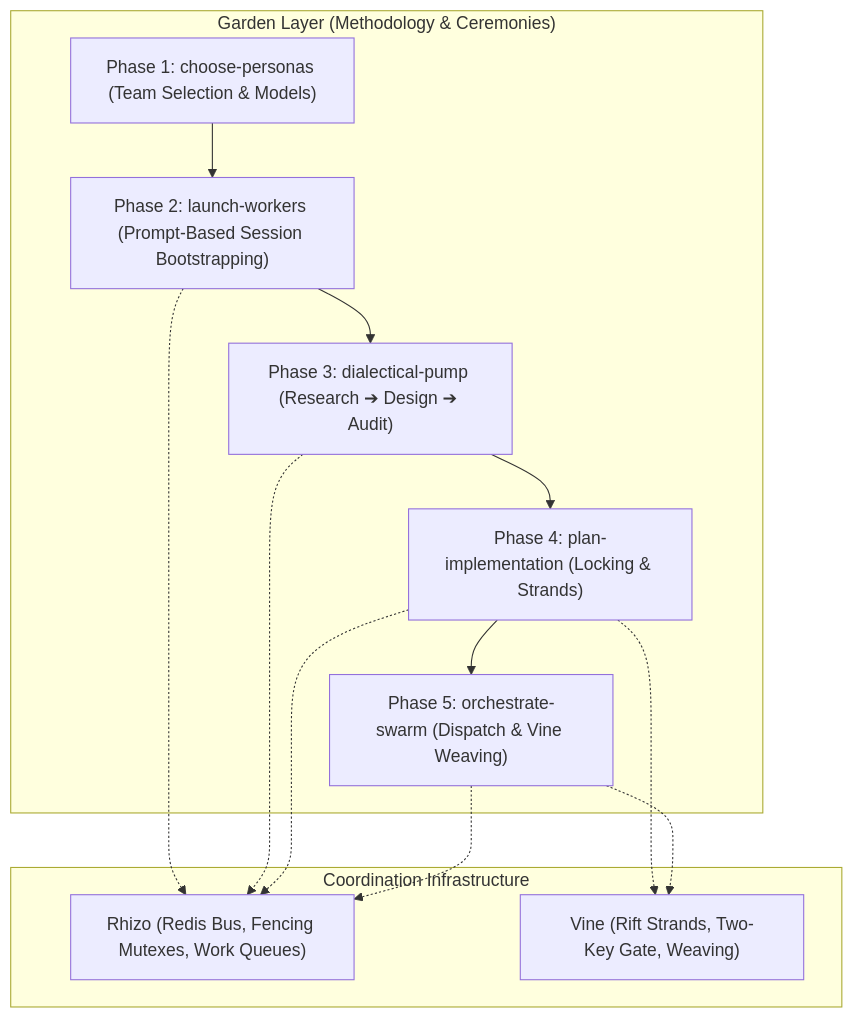
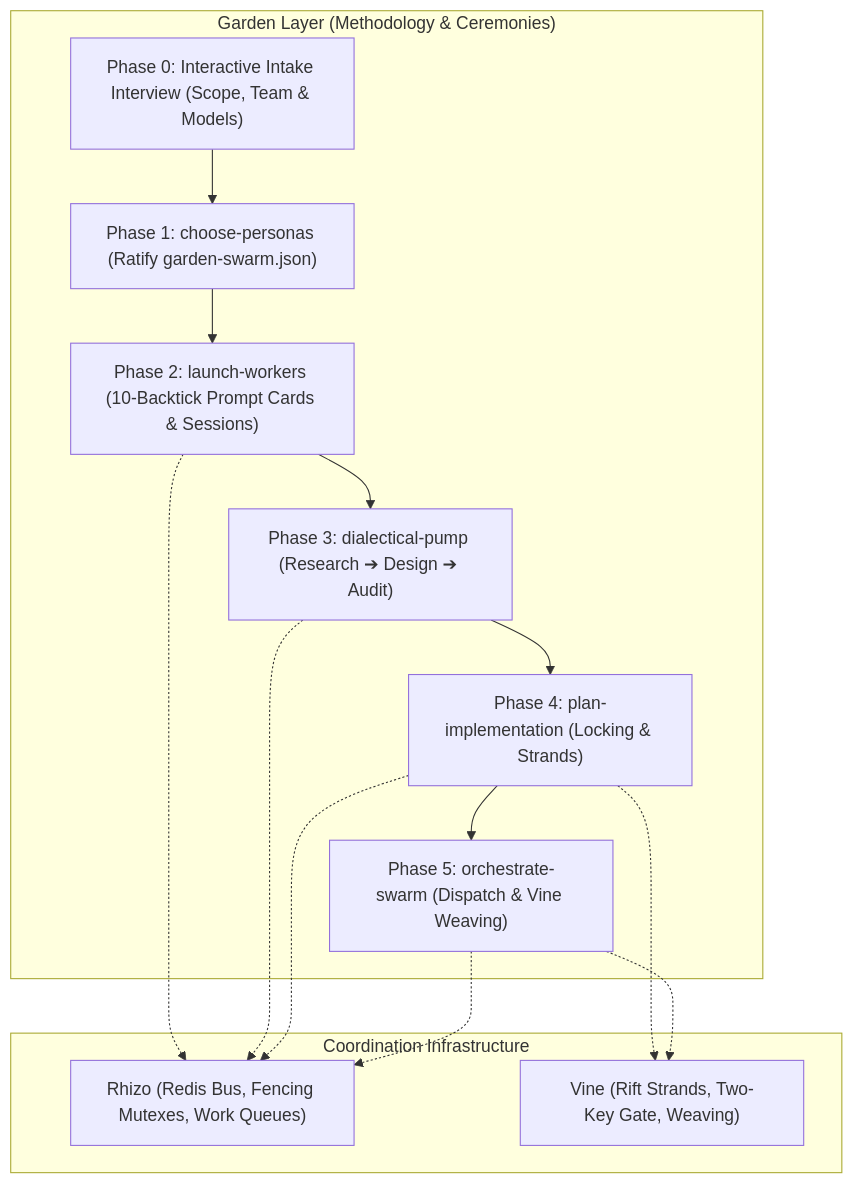
One commit to axiomantic/garden changed the diagram in SKILL.md. Above: the diagram before and after it, drawn with Mermaid. The commit also changed other lines of this file and 6 other files, not shown here.

Commit message:
docs: formalize Phase 0 intake interview, 10-backtick prompt cards, and High-Level Wrapper callout

````diff
--- a/SKILL.md
+++ b/SKILL.md
@@ -24,21 +35,22 @@
 ```mermaid
 flowchart TD
     subgraph Garden["Garden Layer (Methodology & Ceremonies)"]
-        Phase1["Phase 1: choose-personas (Team Selection & Models)"]
-        Phase2["Phase 2: launch-workers (Prompt-Based Session Bootstrapping)"]
+        Phase0["Phase 0: Interactive Intake Interview (Scope, Team & Models)"]
+        Phase1["Phase 1: choose-personas (Ratify garden-swarm.json)"]
+        Phase2["Phase 2: launch-workers (10-Backtick Prompt Cards & Sessions)"]
         Phase3["Phase 3: dialectical-pump (Research ➔ Design ➔ Audit)"]
         Phase4["Phase 4: plan-implementation (Locking & Strands)"]
         Phase5["Phase 5: orchestrate-swarm (Dispatch & Vine Weaving)"]
     end
 
     subgraph Infrastructure["Coordination Infrastructure"]
         Rhizo["Rhizo (Redis Bus, Fencing Mutexes, Work Queues)"]
         Vine["Vine (Rift Strands, Two-Key Gate, Weaving)"]
     end
 
-    Phase1 --> Phase2 --> Phase3 --> Phase4 --> Phase5
+    Phase0 --> Phase1 --> Phase2 --> Phase3 --> Phase4 --> Phase5
     Phase2 -.-> Rhizo
     Phase3 -.-> Rhizo
     Phase4 -.-> Rhizo & Vine
     Phase5 -.-> Rhizo & Vine
 ```
````
